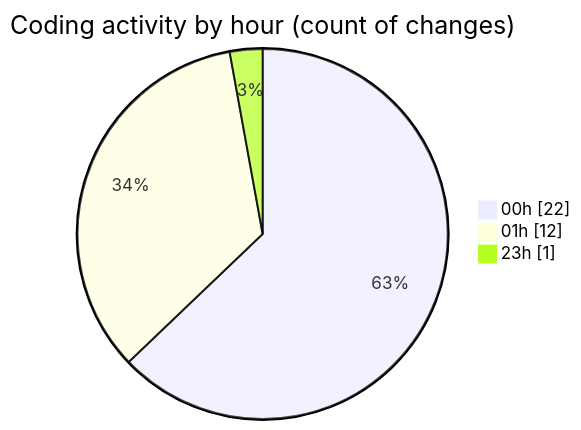
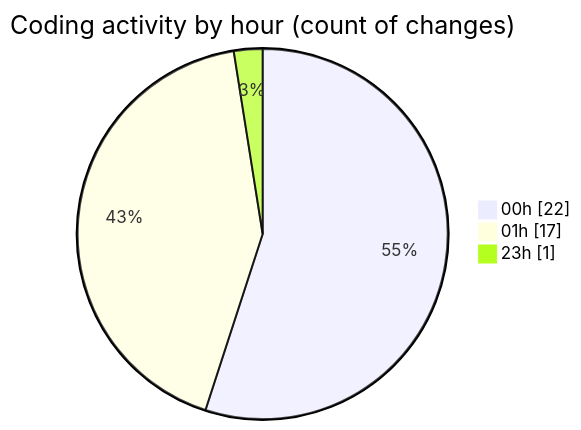
The second of 2 diagrams in 2025-07-29/refunds/README.md (EIIisD/code-tracking), drawn with Mermaid before and after one commit. The commit also changed other lines of this file and 1 other file, not shown here.

````diff
--- a/2025-07-29/refunds/README.md
+++ b/2025-07-29/refunds/README.md
@@ -28,7 +28,7 @@
 ```mermaid
 pie showData
 title Coding activity by hour (count of changes)
 "00h" : 22
-"01h" : 12
+"01h" : 17
 "23h" : 1
 ```
````
